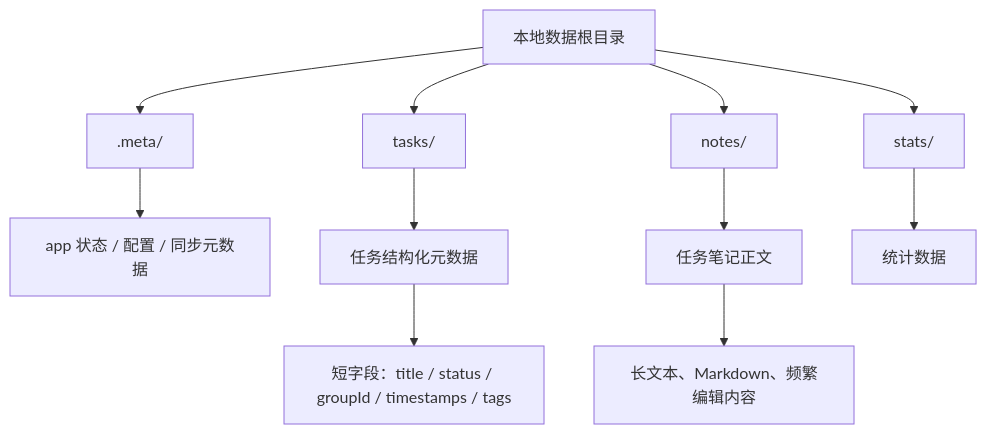
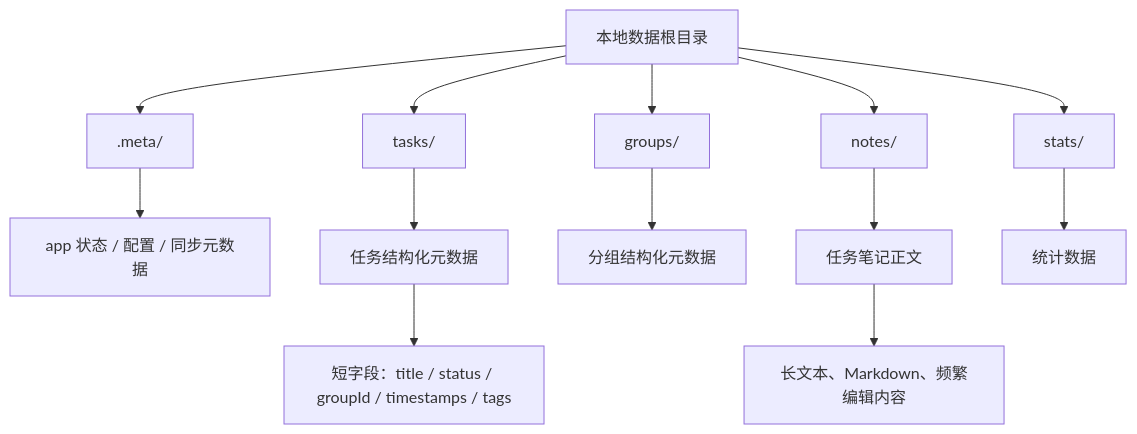
Before and after one commit to CBookShu/tomato_app: the first of 3 diagrams in docs/superpowers/specs/2026-05-15-storage-settings-redesign.md, drawn with Mermaid. The commit also changed other lines of this file and 1 other file, not shown here.

Commit message:
docs: add storage and settings implementation plan

````diff
--- a/docs/superpowers/specs/2026-05-15-storage-settings-redesign.md
+++ b/docs/superpowers/specs/2026-05-15-storage-settings-redesign.md
@@ -57,15 +57,17 @@
 ```mermaid
 flowchart TD
   A[本地数据根目录] --> B[".meta/"]
   A --> C["tasks/"]
-  A --> D["notes/"]
-  A --> E["stats/"]
+  A --> D["groups/"]
+  A --> E["notes/"]
+  A --> F["stats/"]
 
   B --> B1["app 状态 / 配置 / 同步元数据"]
   C --> C1["任务结构化元数据"]
-  D --> D1["任务笔记正文"]
-  E --> E1["统计数据"]
+  D --> D1["分组结构化元数据"]
+  E --> E1["任务笔记正文"]
+  F --> F1["统计数据"]
 
   C1 --> C2["短字段：title / status / groupId / timestamps / tags"]
-  D1 --> D2["长文本、Markdown、频繁编辑内容"]
+  E1 --> E2["长文本、Markdown、频繁编辑内容"]
 ```
````
